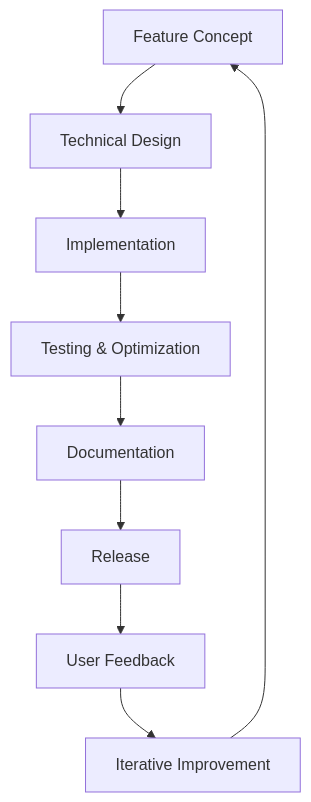
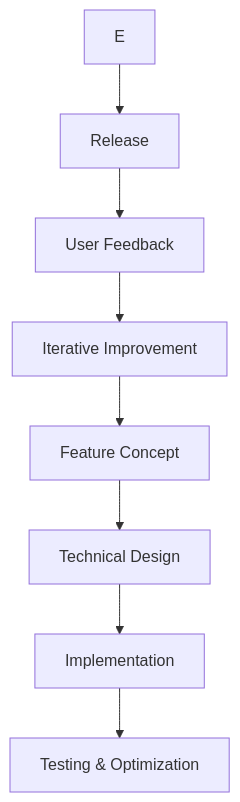
Before and after one commit to Silqo-Team/.github: the diagram in profile/README.md, drawn with Mermaid.

````diff
--- a/profile/README.md
+++ b/profile/README.md
@@ -32,11 +32,10 @@
 ```mermaid
 graph TD
     A[Feature Concept] --> B[Technical Design]
     B --> C[Implementation]
     C --> D[Testing & Optimization]
-    D --> E[Documentation]
     E --> F[Release]
     F --> G[User Feedback]
     G --> H[Iterative Improvement]
     H --> A
 ```
````
